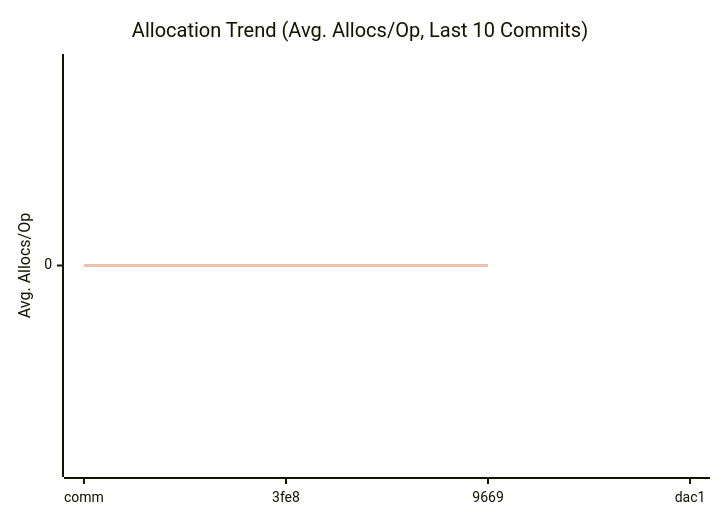
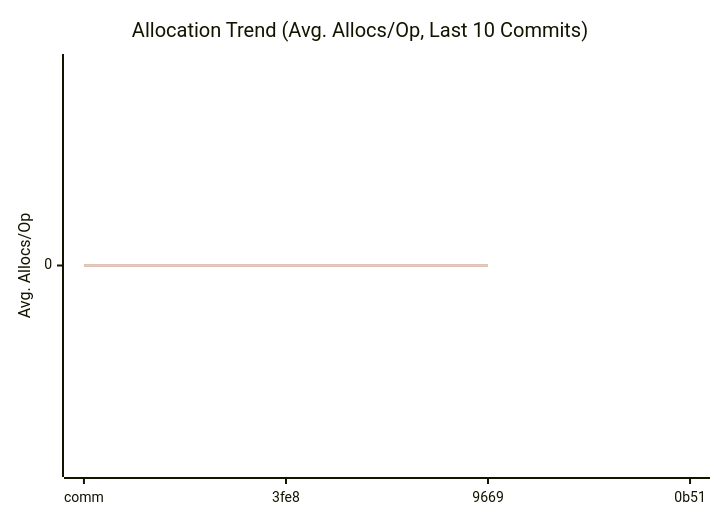
The third of 3 diagrams in doc/README.md (alsotoes/momo), drawn with Mermaid before and after one commit. The commit also changed other lines of this file and 1 other file, not shown here.

````diff
--- a/doc/README.md
+++ b/doc/README.md
@@ -305,11 +305,11 @@
 ```mermaid
 xychart-beta
     title "Allocation Trend (Avg. Allocs/Op, Last 10 Commits)"
     x-axis "Commit"
     y-axis "Avg. Allocs/Op"
-    x-axis [comm,3fe8,9669,dac1]
+    x-axis [comm,3fe8,9669,0b51]
 
     line "CheckMetricsAndSwap" [0,0,0]
     line "IndexDirectTracking" [0,0,0]
     line "IndexSearch" [0,0,0]
 ```
````
